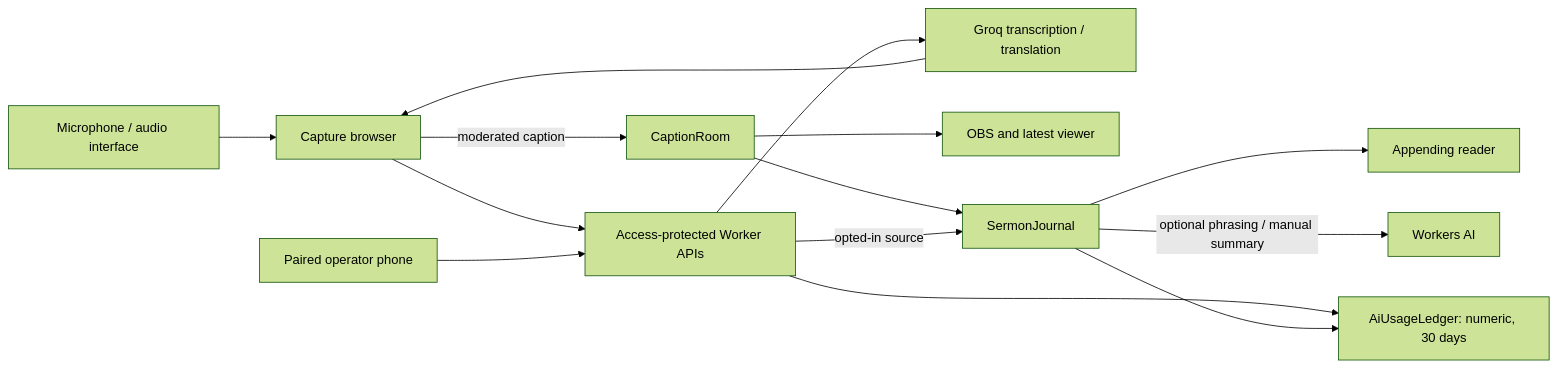
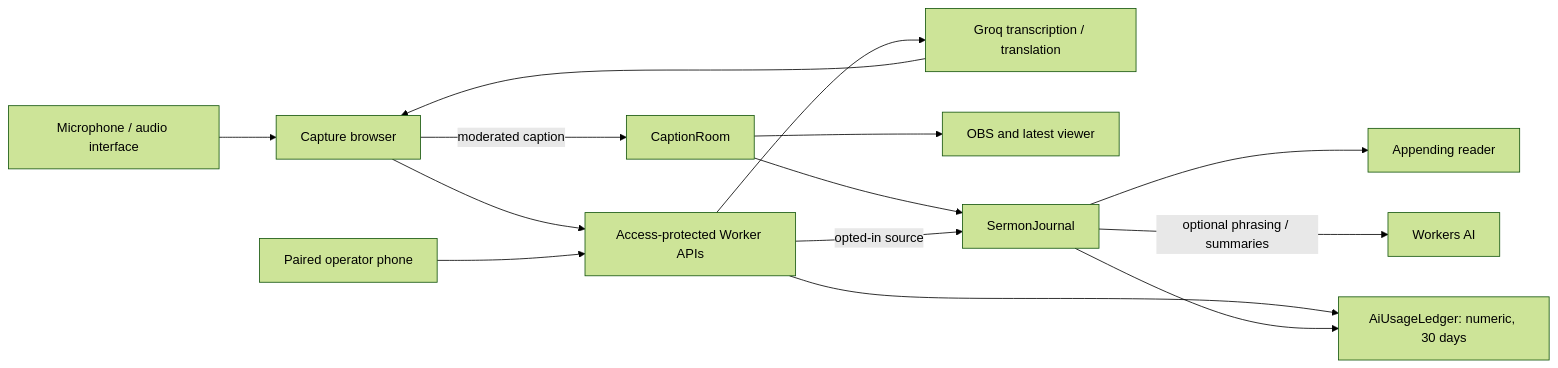
One commit to variable-hq/caption-studio changed the diagram in README.md. Above: the diagram before and after it, drawn with Mermaid (forest theme). The commit also changed other lines of this file and 16 other files, not shown here.

````diff
--- a/README.md
+++ b/README.md
@@ -171,16 +193,16 @@
 ```mermaid
 flowchart LR
   Mic["Microphone / audio interface"] --> Host["Capture browser"]
   Host --> API["Access-protected Worker APIs"]
   API --> Groq["Groq transcription / translation"]
   Groq --> Host
   Host -->|"moderated caption"| Main["CaptionRoom"]
   Phone["Paired operator phone"] --> API
   Main --> OBS["OBS and latest viewer"]
   Main --> Journal["SermonJournal"]
   API -->|"opted-in source"| Journal
   Journal --> Reader["Appending reader"]
-  Journal -->|"optional phrasing / manual summary"| AI["Workers AI"]
+  Journal -->|"optional phrasing / summaries"| AI["Workers AI"]
   API --> Usage["AiUsageLedger: numeric, 30 days"]
   Journal --> Usage
 ```
````
